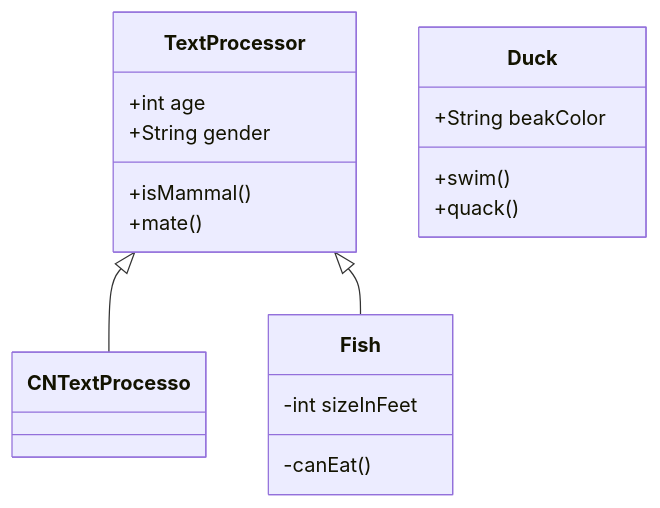
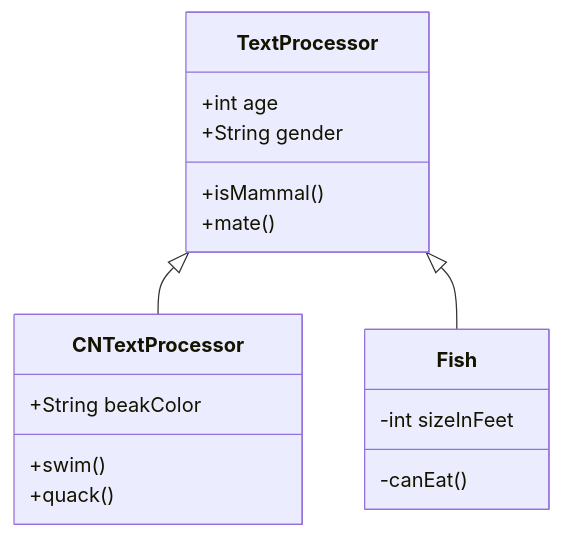
Before and after one commit to Jason-DancingBoy/iodraw-files: the diagram in all/未命名.md, drawn with Mermaid.

Commit message:
2026-01-02 20:31:17 update

````diff
--- a/all/未命名.md
+++ b/all/未命名.md
@@ -1,19 +1,19 @@
 ```mermaid
 classDiagram
-    TextProcessor <|-- CNTextProcesso
+    TextProcessor <|-- CNTextProcessor
     TextProcessor <|-- Fish
     TextProcessor : +int age
     TextProcessor : +String gender
     TextProcessor: +isMammal()
     TextProcessor: +mate()
-    class Duck{
+    class CNTextProcessor{
       +String beakColor
       +swim()
       +quack()
     }
     class Fish{
       -int sizeInFeet
       -canEat()
     }
             
 ```
````
